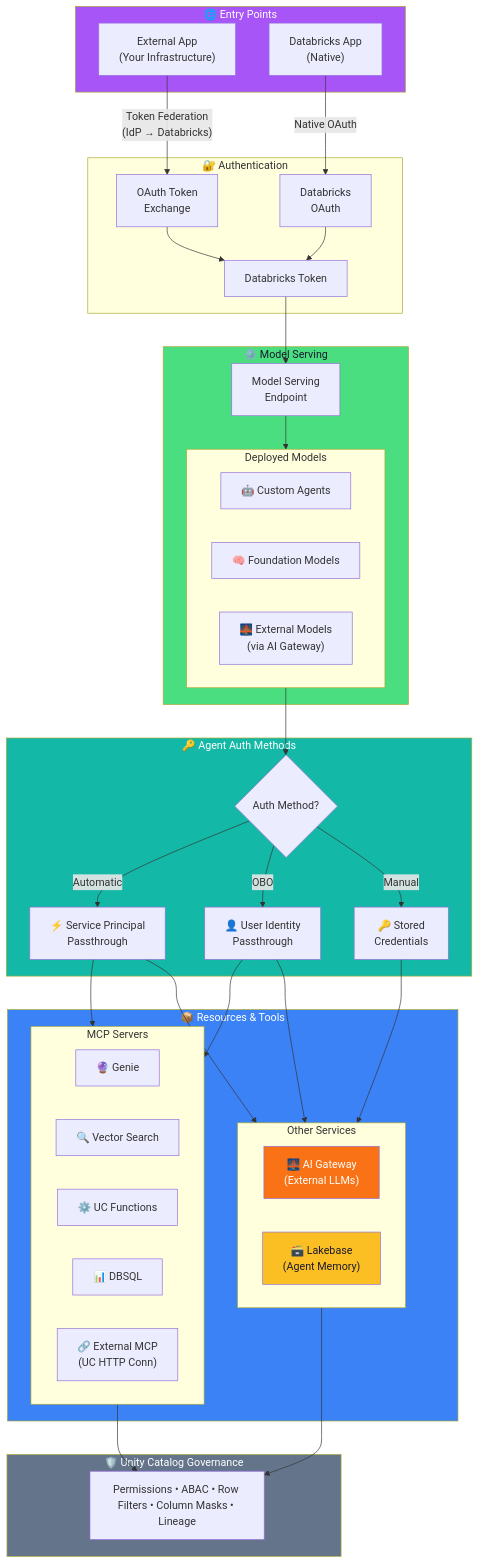
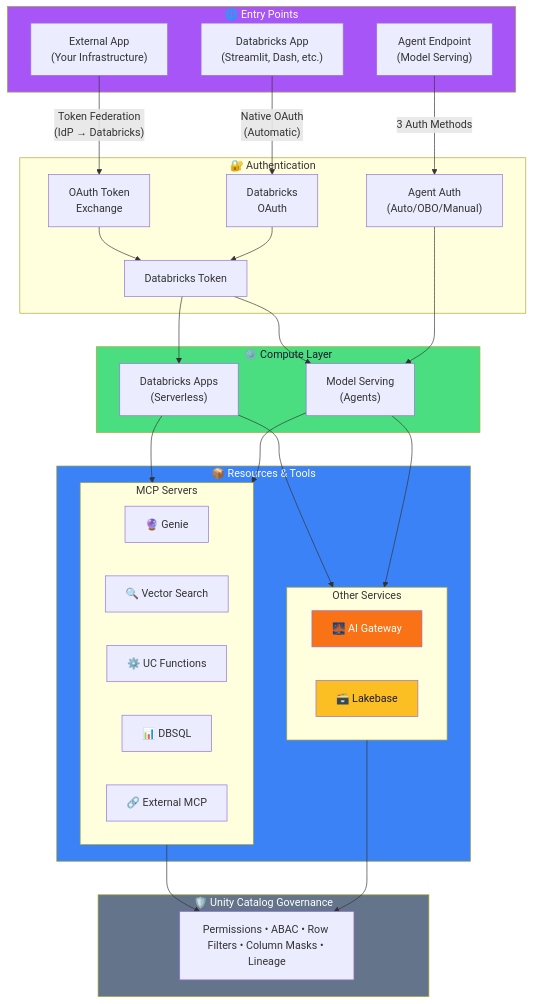
Before and after one commit to bhavink/databricks: the first of 3 diagrams in ai-governance/ORCHESTRATION-ARCHITECTURE.md, drawn with Mermaid. The commit also changed other lines of this file and 1 other file, not shown here.

Commit message:
Add Scenario C: Databricks Apps authentication

````diff
--- a/ai-governance/ORCHESTRATION-ARCHITECTURE.md
+++ b/ai-governance/ORCHESTRATION-ARCHITECTURE.md
@@ -23,69 +23,56 @@
 ```mermaid
 flowchart TB
     subgraph Entry["🌐 Entry Points"]
         ExtApp["External App<br/>(Your Infrastructure)"]
-        DBApp["Databricks App<br/>(Native)"]
+        DBXApp["Databricks App<br/>(Streamlit, Dash, etc.)"]
+        AgentEP["Agent Endpoint<br/>(Model Serving)"]
     end
 
     subgraph Auth["🔐 Authentication"]
         ExtApp -->|"Token Federation<br/>(IdP → Databricks)"| TokenEx["OAuth Token<br/>Exchange"]
-        DBApp -->|"Native OAuth"| NativeAuth["Databricks<br/>OAuth"]
+        DBXApp -->|"Native OAuth<br/>(Automatic)"| NativeAuth["Databricks<br/>OAuth"]
+        AgentEP -->|"3 Auth Methods"| AgentAuth["Agent Auth<br/>(Auto/OBO/Manual)"]
         TokenEx --> DBToken["Databricks Token"]
         NativeAuth --> DBToken
     end
 
-    subgraph Serving["⚙️ Model Serving"]
-        DBToken --> MS["Model Serving<br/>Endpoint"]
-        
-        subgraph Models["Deployed Models"]
-            Agents["🤖 Custom Agents"]
-            FM["🧠 Foundation Models"]
-            ExtModels["🌉 External Models<br/>(via AI Gateway)"]
-        end
-        
-        MS --> Models
-    end
-
-    subgraph AgentAuth["🔑 Agent Auth Methods"]
-        Models --> AuthChoice{Auth Method?}
-        AuthChoice -->|"Automatic"| AutoPass["⚡ Service Principal<br/>Passthrough"]
-        AuthChoice -->|"OBO"| OBO["👤 User Identity<br/>Passthrough"]
-        AuthChoice -->|"Manual"| Manual["🔑 Stored<br/>Credentials"]
+    subgraph Compute["⚙️ Compute Layer"]
+        DBToken --> Apps["Databricks Apps<br/>(Serverless)"]
+        DBToken --> MS["Model Serving<br/>(Agents)"]
+        AgentAuth --> MS
     end
 
     subgraph Resources["📦 Resources & Tools"]
         subgraph MCP["MCP Servers"]
             Genie["🔮 Genie"]
             VS["🔍 Vector Search"]
             UCFunc["⚙️ UC Functions"]
             DBSQL["📊 DBSQL"]
-            ExtMCP["🔗 External MCP<br/>(UC HTTP Conn)"]
+            ExtMCP["🔗 External MCP"]
         end
         
         subgraph Other["Other Services"]
-            Gateway["🌉 AI Gateway<br/>(External LLMs)"]
-            LB["🗃️ Lakebase<br/>(Agent Memory)"]
+            Gateway["🌉 AI Gateway"]
+            LB["🗃️ Lakebase"]
         end
     end
 
-    AutoPass --> MCP
-    OBO --> MCP
-    Manual --> Other
-    AutoPass --> Other
-    OBO --> Other
+    Apps --> MCP
+    Apps --> Other
+    MS --> MCP
+    MS --> Other
 
     subgraph Gov["🛡️ Unity Catalog Governance"]
         UC["Permissions • ABAC • Row Filters • Column Masks • Lineage"]
     end
 
     MCP --> UC
     Other --> UC
 
     style Entry fill:#a855f7,color:#fff
-    style Serving fill:#4ade80,color:#1a1a2e
-    style AgentAuth fill:#14b8a6,color:#fff
+    style Compute fill:#4ade80,color:#1a1a2e
     style Resources fill:#3b82f6,color:#fff
     style Gov fill:#64748b,color:#fff
     style Gateway fill:#f97316,color:#fff
     style LB fill:#fbbf24,color:#1a1a2e
 ```
````
